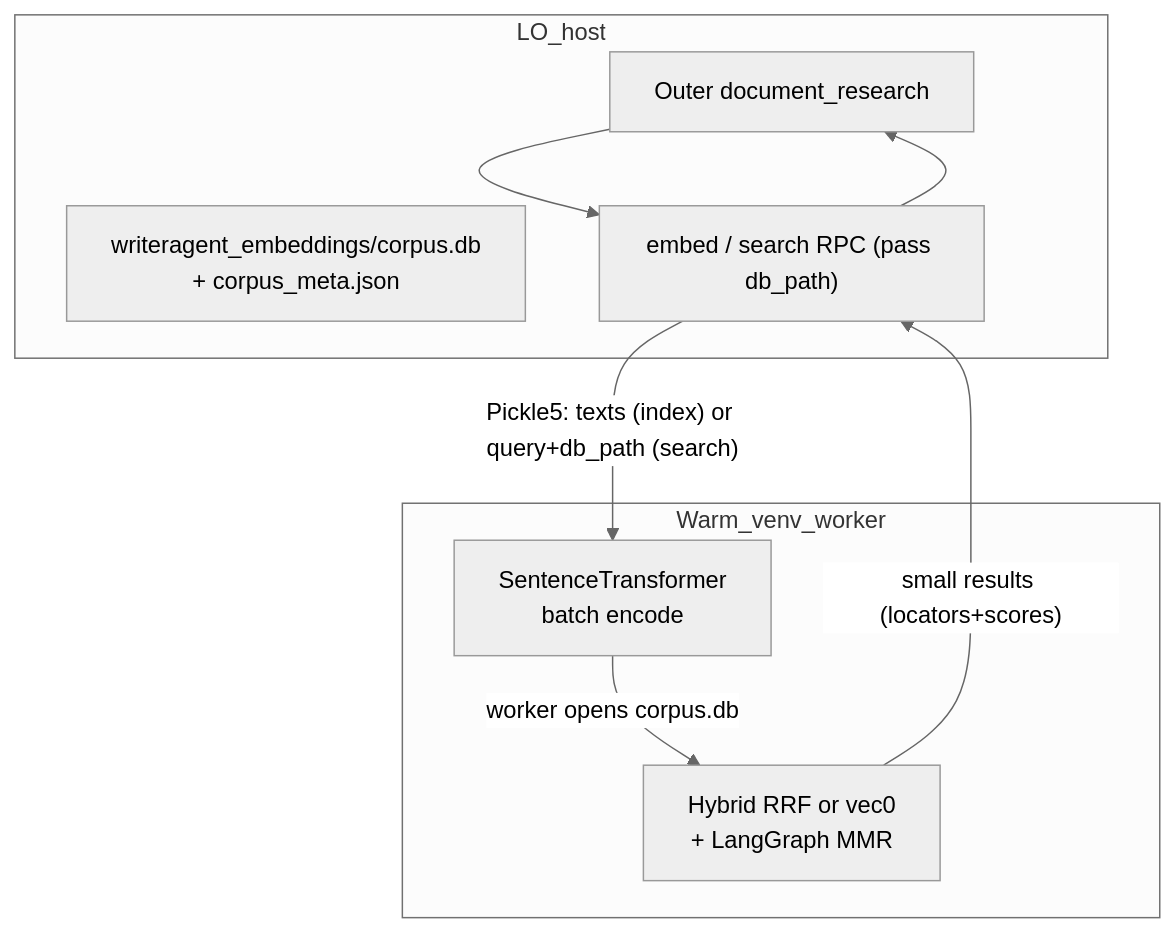
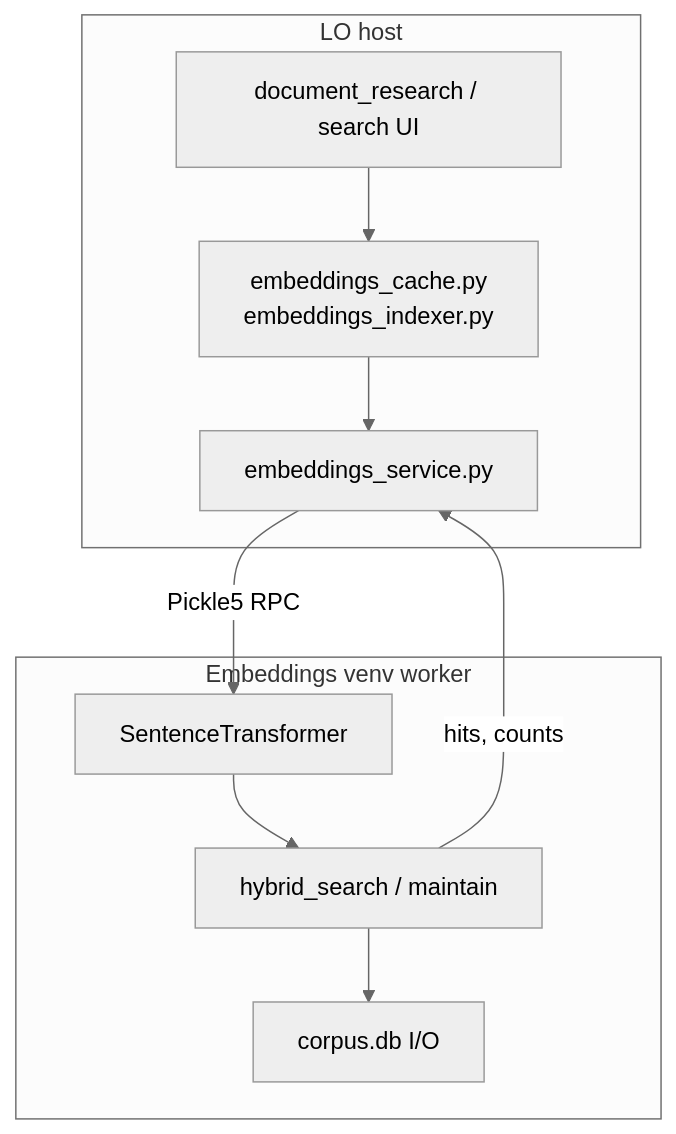
Before and after one commit to KeithCu/writeragent: the third of 3 diagrams in docs/embeddings.md, drawn with Mermaid (neutral theme). The commit also changed other lines of this file and 1 other file, not shown here.

Commit message:
reorganize embeddings doc

````diff
--- a/docs/embeddings.md
+++ b/docs/embeddings.md
@@ -925,17 +242,17 @@
 ```mermaid
 flowchart TB
-  subgraph host [LO_host]
-    Outer["Outer document_research"]
-    IndexDB["writeragent_embeddings/corpus.db\n+ corpus_meta.json"]
-    RPC["embed / search RPC (pass db_path)"]
+  subgraph host [LO host]
+    Outer["document_research / search UI"]
+    Cache["embeddings_cache.py\nembeddings_indexer.py"]
+    RPC["embeddings_service.py"]
   end
-  subgraph venv [Warm_venv_worker]
-    ST["SentenceTransformer\nbatch encode"]
-    Search["Hybrid RRF or vec0\n+ LangGraph MMR"]
+  subgraph venv [Embeddings venv worker]
+    ST["SentenceTransformer"]
+    Hybrid["hybrid_search / maintain"]
+    DB["corpus.db I/O"]
   end
-  Outer --> RPC
-  RPC -->|"Pickle5: texts (index) or query+db_path (search)"| ST
-  ST -->|"worker opens corpus.db"| Search
-  Search -->|"small results (locators+scores)"| RPC
-  RPC --> Outer
+  Outer --> Cache --> RPC
+  RPC -->|"Pickle5 RPC"| ST
+  ST --> Hybrid --> DB
+  Hybrid -->|"hits, counts"| RPC
 ```
````
